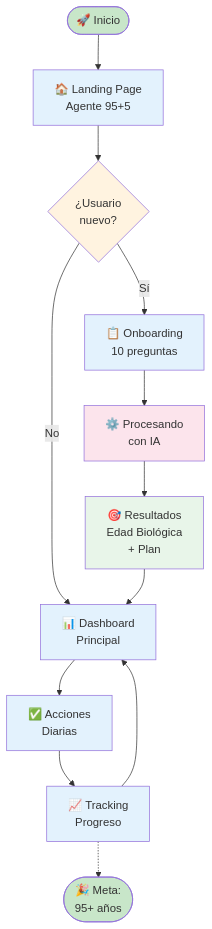
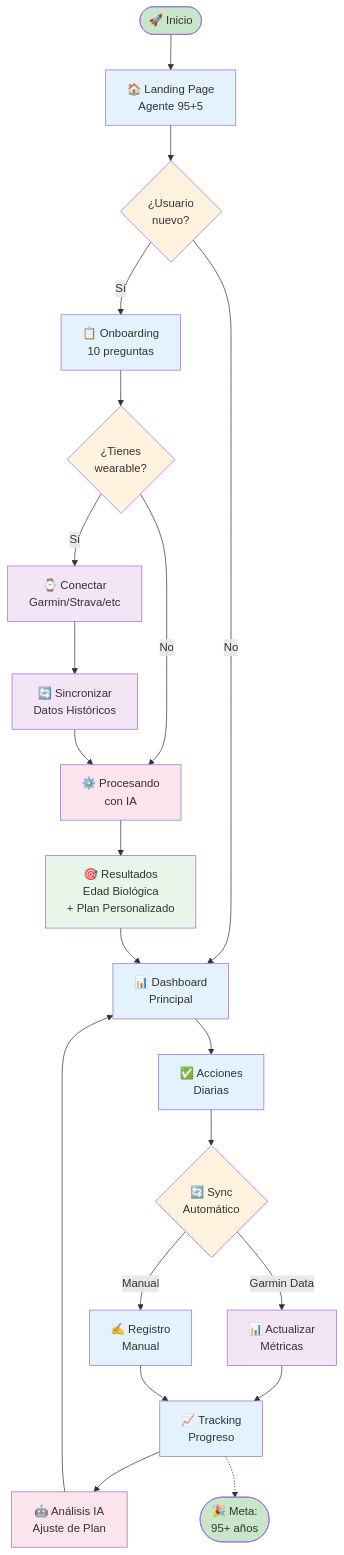
One commit to DivergentiADM/95plus5 changed the diagram in Flujodeusuario.md. Above: the diagram before and after it, drawn with Mermaid.

Commit message:
Flujodeusuario.md

````diff
--- a/Flujodeusuario.md
+++ b/Flujodeusuario.md
@@ -1,28 +1,48 @@
 ```mermaid
 flowchart TD
     Start([🚀 Inicio]) --> Landing[🏠 Landing Page<br/>Agente 95+5]
     Landing --> Decision{¿Usuario<br/>nuevo?}
     
     Decision -->|Sí| Onboarding[📋 Onboarding<br/>10 preguntas]
     Decision -->|No| Dashboard[📊 Dashboard<br/>Principal]
     
-    Onboarding --> Processing[⚙️ Procesando<br/>con IA]
-    Processing --> Results[🎯 Resultados<br/>Edad Biológica<br/>+ Plan]
+    Onboarding --> WearableQ{¿Tienes<br/>wearable?}
+    WearableQ -->|Sí| ConnectWearable[⌚ Conectar<br/>Garmin/Strava/etc]
+    WearableQ -->|No| Processing[⚙️ Procesando<br/>con IA]
+    
+    ConnectWearable --> SyncData[🔄 Sincronizar<br/>Datos Históricos]
+    SyncData --> Processing
+    
+    Processing --> Results[🎯 Resultados<br/>Edad Biológica<br/>+ Plan Personalizado]
     Results --> Dashboard
     
     Dashboard --> Daily[✅ Acciones<br/>Diarias]
-    Daily --> Tracking[📈 Tracking<br/>Progreso]
-    Tracking --> Dashboard
+    Daily --> AutoSync{🔄 Sync<br/>Automático}
+    AutoSync -->|Garmin Data| UpdateMetrics[📊 Actualizar<br/>Métricas]
+    AutoSync -->|Manual| ManualInput[✍️ Registro<br/>Manual]
+    
+    UpdateMetrics --> Tracking[📈 Tracking<br/>Progreso]
+    ManualInput --> Tracking
+    Tracking --> AIAnalysis[🤖 Análisis IA<br/>Ajuste de Plan]
+    AIAnalysis --> Dashboard
+    
     Tracking -.-> Goal([🎉 Meta:<br/>95+ años])
     
     style Start fill:#C8E6C9
     style Landing fill:#E3F2FD
     style Decision fill:#FFF3E0
     style Onboarding fill:#E3F2FD
+    style WearableQ fill:#FFF3E0
+    style ConnectWearable fill:#F3E5F5
+    style SyncData fill:#F3E5F5
     style Processing fill:#FCE4EC
     style Results fill:#E8F5E9
     style Dashboard fill:#E3F2FD
     style Daily fill:#E3F2FD
+    style AutoSync fill:#FFF3E0
+    style UpdateMetrics fill:#F3E5F5
+    style ManualInput fill:#E3F2FD
     style Tracking fill:#E3F2FD
+    style AIAnalysis fill:#FCE4EC
     style Goal fill:#C8E6C9
 ```
````
